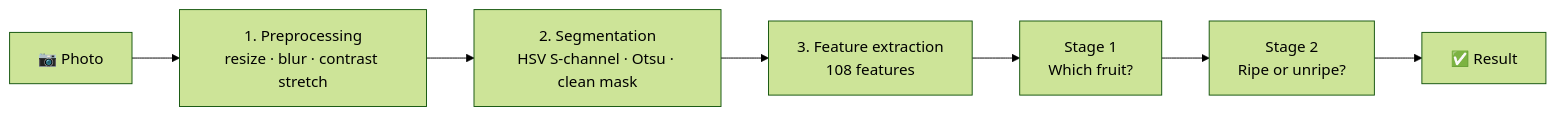
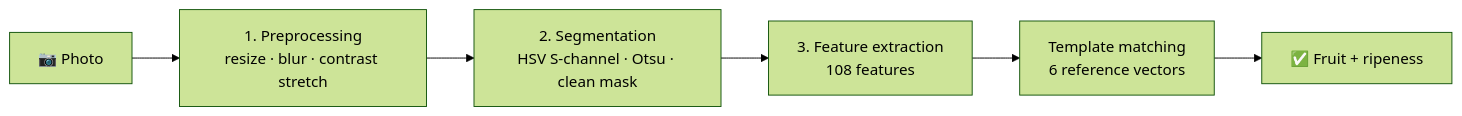
The diagram in README.md (AtharvaDurge/Fruit-Ripeness-Detection), drawn with Mermaid (forest theme) before and after one commit. The commit also changed other lines of this file, not shown here.

````diff
--- a/README.md
+++ b/README.md
@@ -73,9 +74,8 @@
 ```mermaid
 flowchart LR
     A[📷 Photo] --> B[1. Preprocessing<br/>resize · blur · contrast stretch]
     B --> C[2. Segmentation<br/>HSV S-channel · Otsu · clean mask]
     C --> D[3. Feature extraction<br/>108 features]
-    D --> E[Stage 1<br/>Which fruit?]
-    E --> F[Stage 2<br/>Ripe or unripe?]
-    F --> G[✅ Result]
+    D --> E[Template matching<br/>6 reference vectors]
+    E --> F[✅ Fruit + ripeness]
 ```
````
